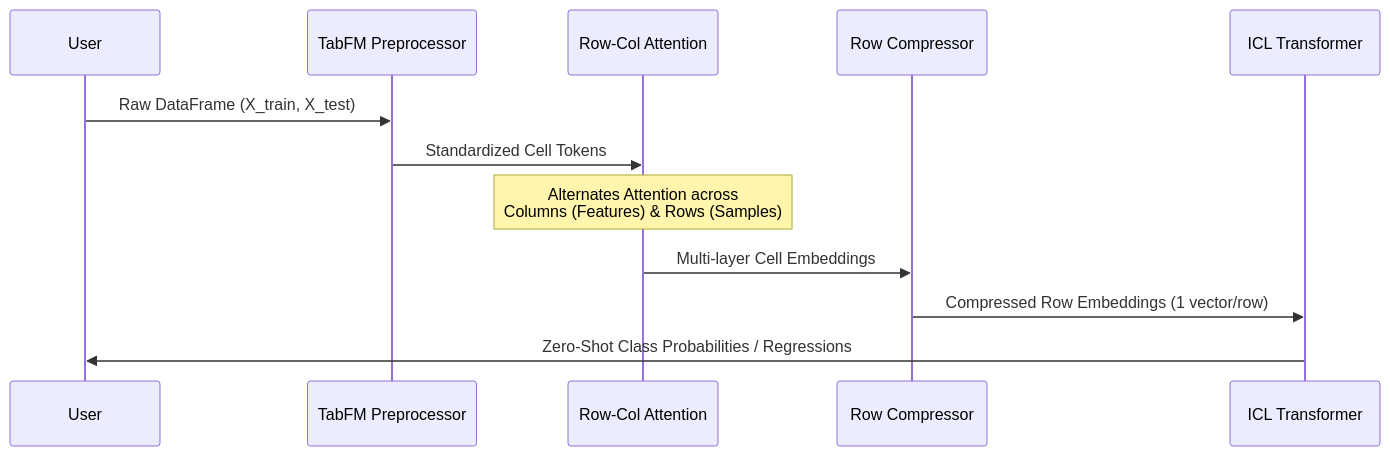
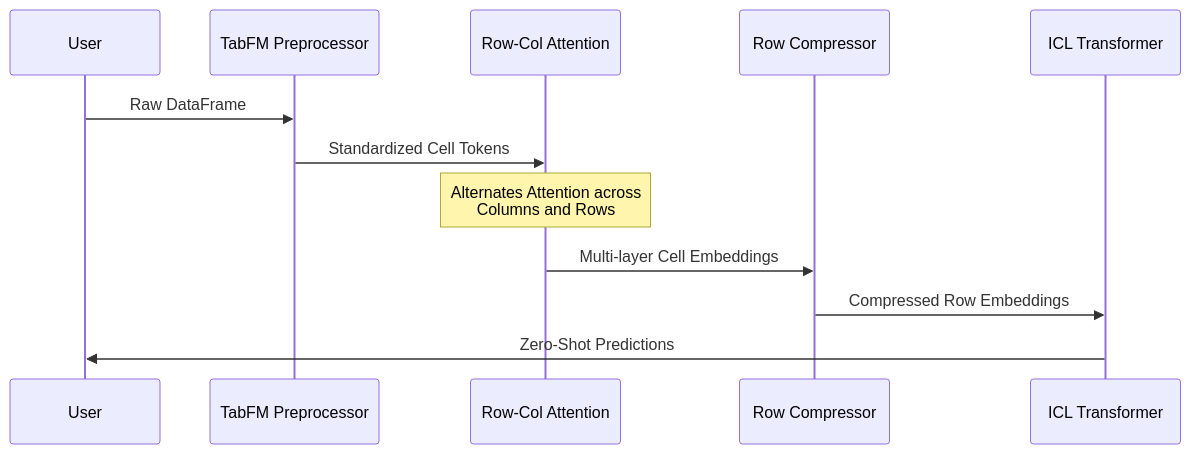
Before and after one commit to Pratikdate/pratikdate.github.io: the first of 2 diagrams in _blogs/hands-on-guide-to-tabfm-how-it-works-troubleshooting-and-fine-tuning.md, drawn with Mermaid. The commit also changed other lines of this file and 1 other file, not shown here.

Commit message:
Fix Mermaid diagram syntax errors by quoting all node text labels

````diff
--- a/_blogs/hands-on-guide-to-tabfm-how-it-works-troubleshooting-and-fine-tuning.md
+++ b/_blogs/hands-on-guide-to-tabfm-how-it-works-troubleshooting-and-fine-tuning.md
@@ -89,15 +89,15 @@
 ```mermaid
 sequenceDiagram
     participant User
     participant Preprocessor as TabFM Preprocessor
     participant Attn as Row-Col Attention
     participant Comp as Row Compressor
     participant ICL as ICL Transformer
     
-    User->>Preprocessor: Raw DataFrame (X_train, X_test)
+    User->>Preprocessor: Raw DataFrame
     Preprocessor->>Attn: Standardized Cell Tokens
-    Note over Attn: Alternates Attention across<br/>Columns (Features) & Rows (Samples)
+    Note over Attn: Alternates Attention across<br/>Columns and Rows
     Attn->>Comp: Multi-layer Cell Embeddings
-    Comp->>ICL: Compressed Row Embeddings (1 vector/row)
-    ICL->>User: Zero-Shot Class Probabilities / Regressions
+    Comp->>ICL: Compressed Row Embeddings
+    ICL->>User: Zero-Shot Predictions
 ```
````
